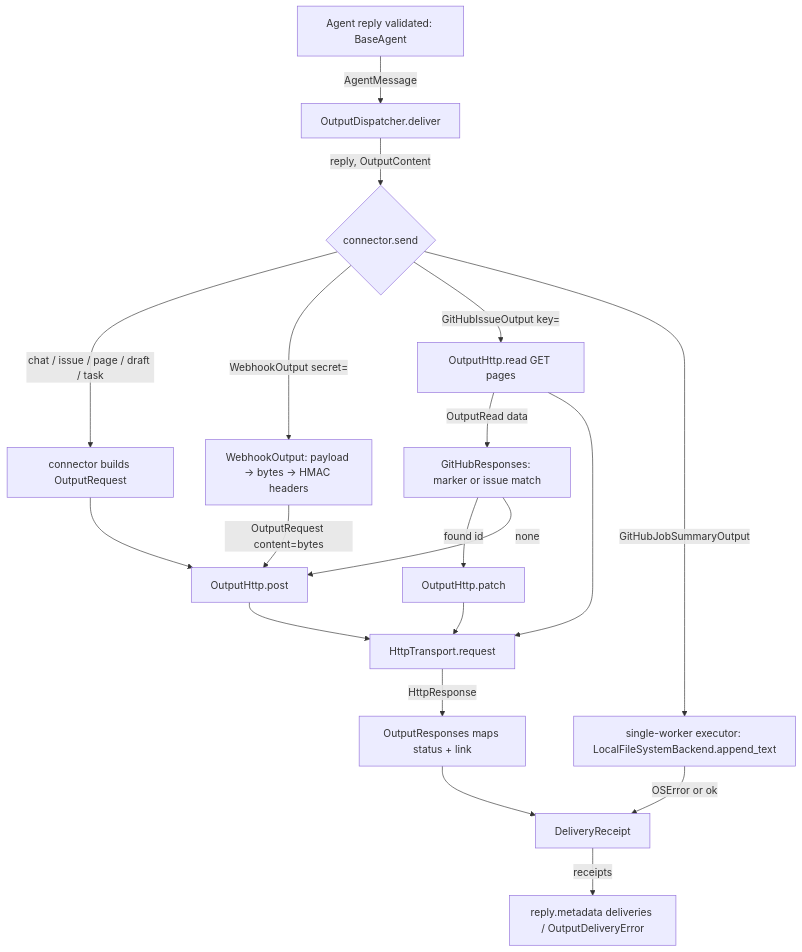
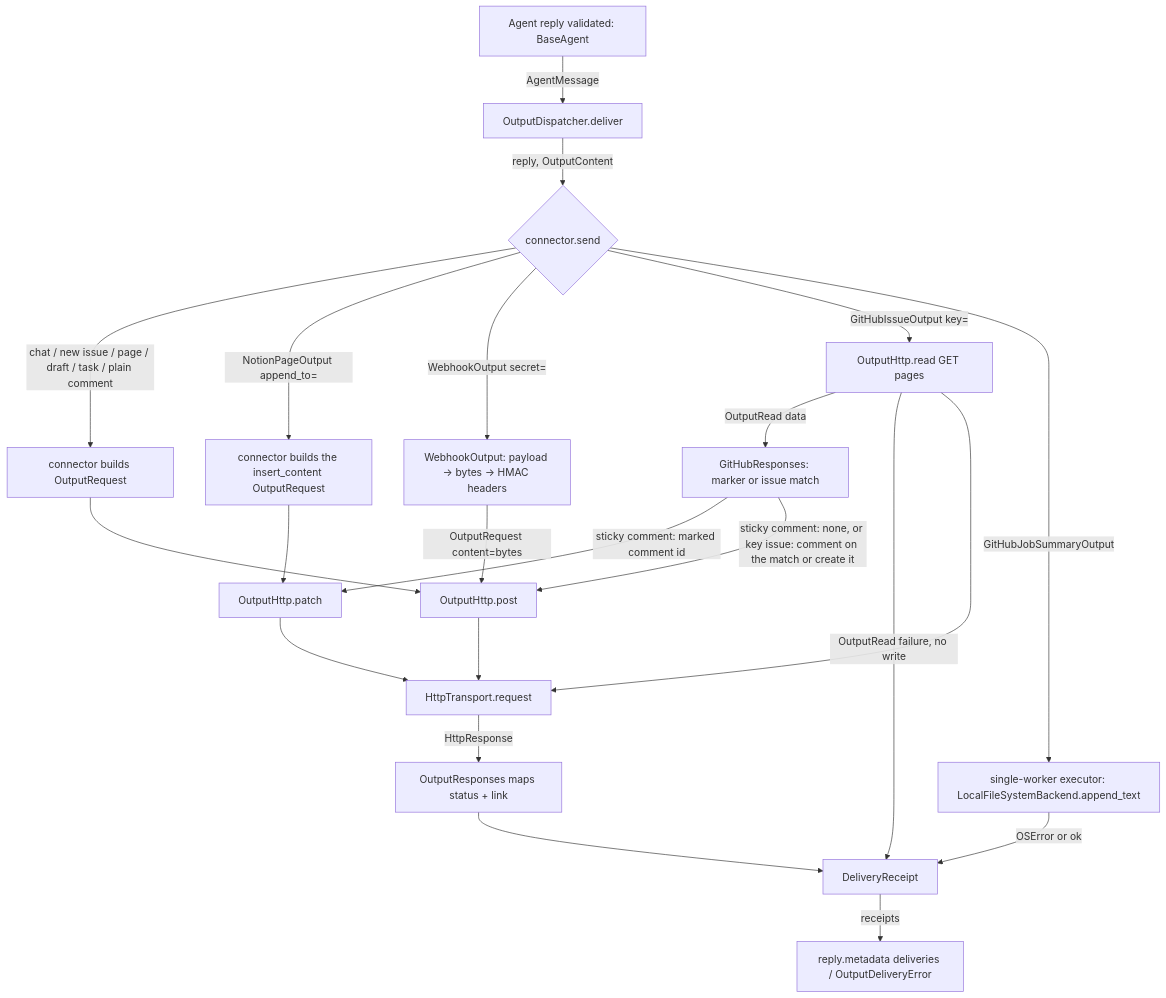
One commit to cerredz/Vidbyte-SDK changed the first of 2 diagrams in docs/spec/output-connector-followups/spec.md. Above: the diagram before and after it, drawn with Mermaid. The commit also changed other lines of this file and 1 other file, not shown here.

Commit message:
docs(spec): finalize output-connector-followups for PR

````diff
--- a/docs/spec/output-connector-followups/spec.md
+++ b/docs/spec/output-connector-followups/spec.md
@@ -244,21 +244,24 @@
 ```mermaid
 flowchart TD
   A[Agent reply validated: BaseAgent] -->|AgentMessage| B[OutputDispatcher.deliver]
   B -->|reply, OutputContent| C{connector.send}
-  C -->|chat / issue / page / draft / task| D[connector builds OutputRequest]
+  C -->|chat / new issue / page / draft / task / plain comment| D[connector builds OutputRequest]
+  C -->|NotionPageOutput append_to=| P[connector builds the insert_content OutputRequest]
   C -->|WebhookOutput secret=| E[WebhookOutput: payload -> bytes -> HMAC headers]
   C -->|GitHubIssueOutput key=| F[OutputHttp.read GET pages]
   C -->|GitHubJobSummaryOutput| G[single-worker executor: LocalFileSystemBackend.append_text]
   F -->|OutputRead data| H[GitHubResponses: marker or issue match]
-  H -->|found id| I[OutputHttp.patch]
-  H -->|none| J[OutputHttp.post]
+  F -->|OutputRead failure, no write| M
+  H -->|sticky comment: marked comment id| I[OutputHttp.patch]
+  H -->|sticky comment: none, or key issue: comment on the match or create it| J[OutputHttp.post]
+  P --> I
   D --> J
   E -->|OutputRequest content=bytes| J
   I --> K[HttpTransport.request]
   J --> K
   F --> K
   K -->|HttpResponse| L[OutputResponses maps status + link]
   G -->|OSError or ok| M[DeliveryReceipt]
   L --> M
   M -->|receipts| N[reply.metadata deliveries / OutputDeliveryError]
 ```
````
